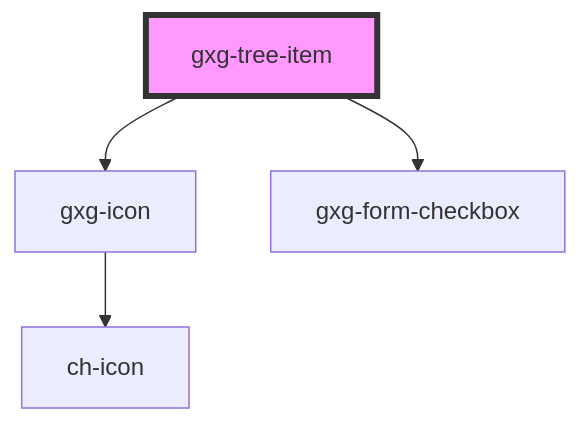
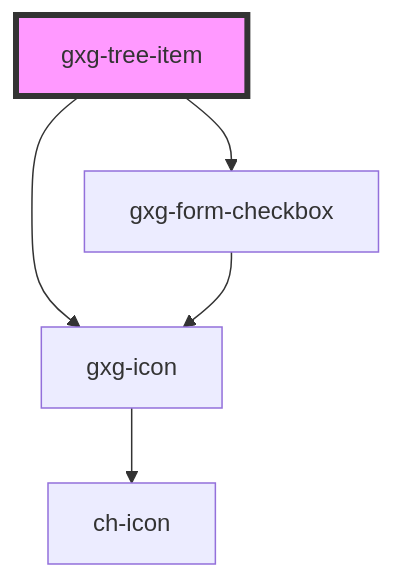
Before and after one commit to genexuslabs/gemini: the diagram in src/components/tree-item/readme.md, drawn with Mermaid. The commit also changed 45 other files, not shown here.

````diff
--- a/src/components/tree-item/readme.md
+++ b/src/components/tree-item/readme.md
@@ -49,7 +49,8 @@
 ```mermaid
 graph TD;
   gxg-tree-item --> gxg-icon
   gxg-tree-item --> gxg-form-checkbox
   gxg-icon --> ch-icon
+  gxg-form-checkbox --> gxg-icon
   style gxg-tree-item fill:#f9f,stroke:#333,stroke-width:4px
 ```
````
